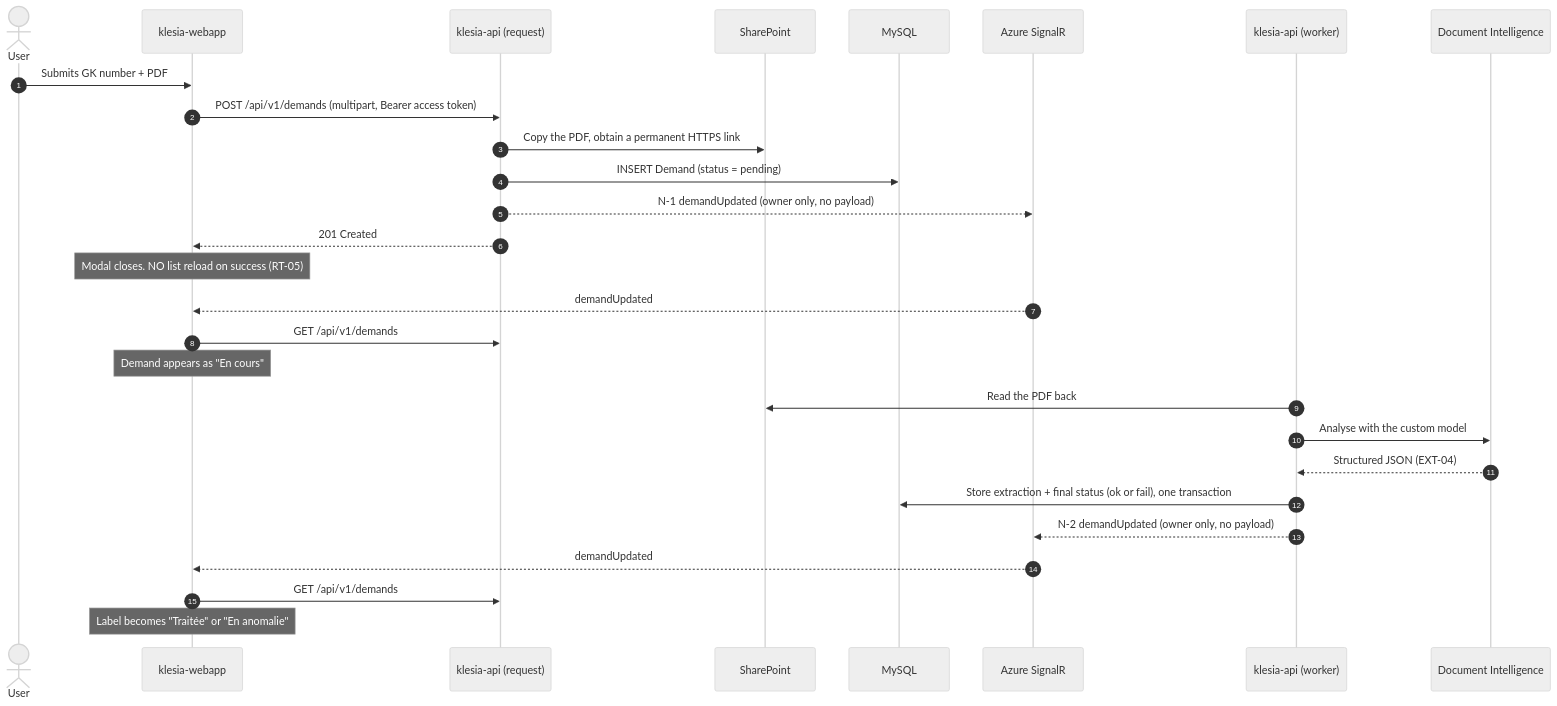
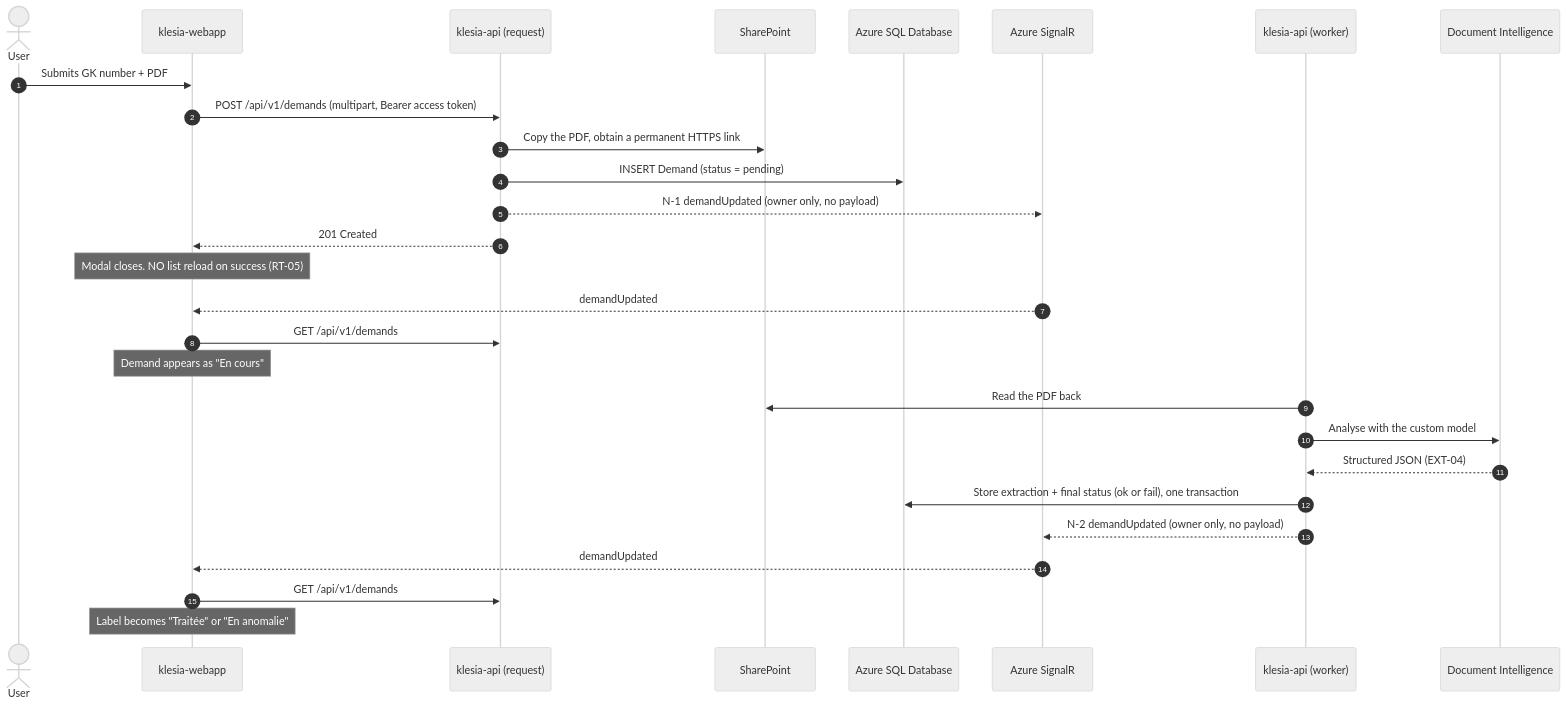
One commit to alex-talan/klesia-project changed the first of 3 diagrams in architecture-plan.md. Above: the diagram before and after it, drawn with Mermaid (neutral theme). The commit also changed other lines of this file and 4 other files, not shown here.

````diff
--- a/architecture-plan.md
+++ b/architecture-plan.md
@@ -72,31 +72,31 @@
 ```mermaid
 sequenceDiagram
     autonumber
     actor U as User
     participant FE as klesia-webapp
     participant API as klesia-api (request)
     participant SP as SharePoint
-    participant DB as MySQL
+    participant DB as Azure SQL Database
     participant SR as Azure SignalR
     participant W as klesia-api (worker)
     participant DI as Document Intelligence
 
     U->>FE: Submits GK number + PDF
     FE->>API: POST /api/v1/demands (multipart, Bearer access token)
     API->>SP: Copy the PDF, obtain a permanent HTTPS link
     API->>DB: INSERT Demand (status = pending)
     API-->>SR: N-1 demandUpdated (owner only, no payload)
     API-->>FE: 201 Created
     Note over FE: Modal closes. NO list reload on success (RT-05)
     SR-->>FE: demandUpdated
     FE->>API: GET /api/v1/demands
     Note over FE: Demand appears as "En cours"
     W->>SP: Read the PDF back
     W->>DI: Analyse with the custom model
     DI-->>W: Structured JSON (EXT-04)
     W->>DB: Store extraction + final status (ok or fail), one transaction
     W-->>SR: N-2 demandUpdated (owner only, no payload)
     SR-->>FE: demandUpdated
     FE->>API: GET /api/v1/demands
     Note over FE: Label becomes "Traitée" or "En anomalie"
 ```
````
